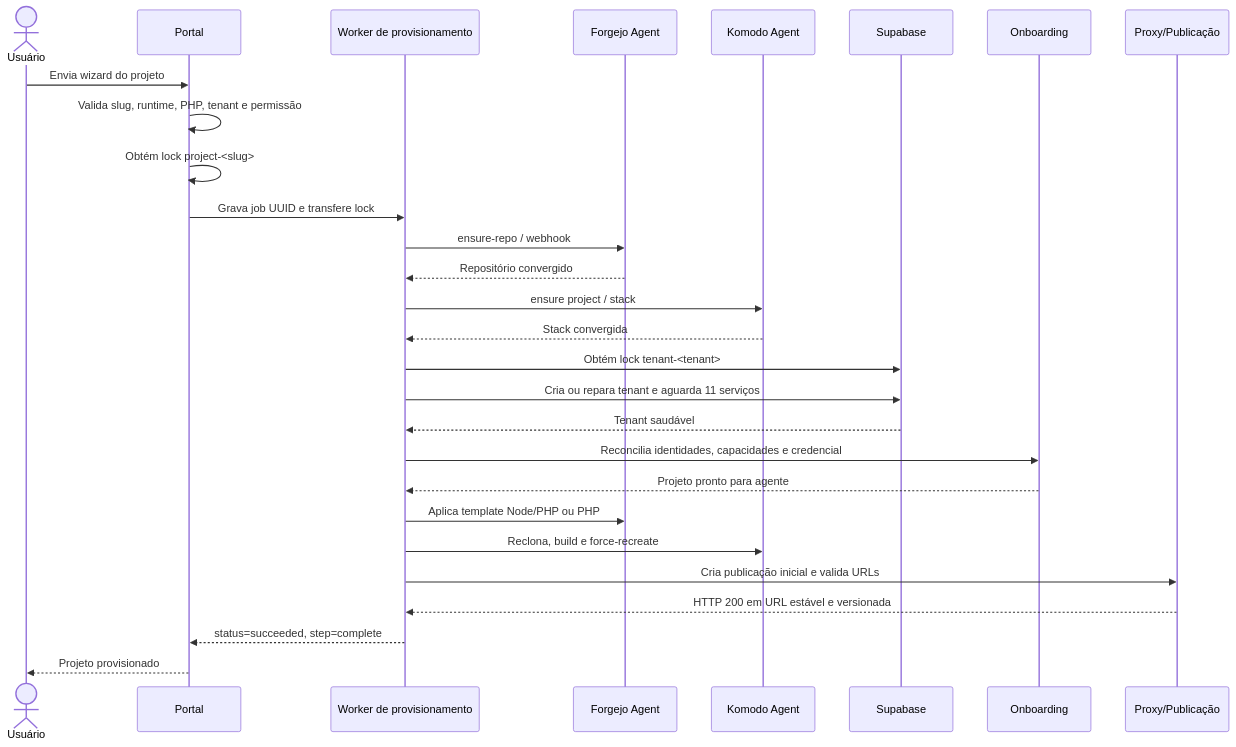
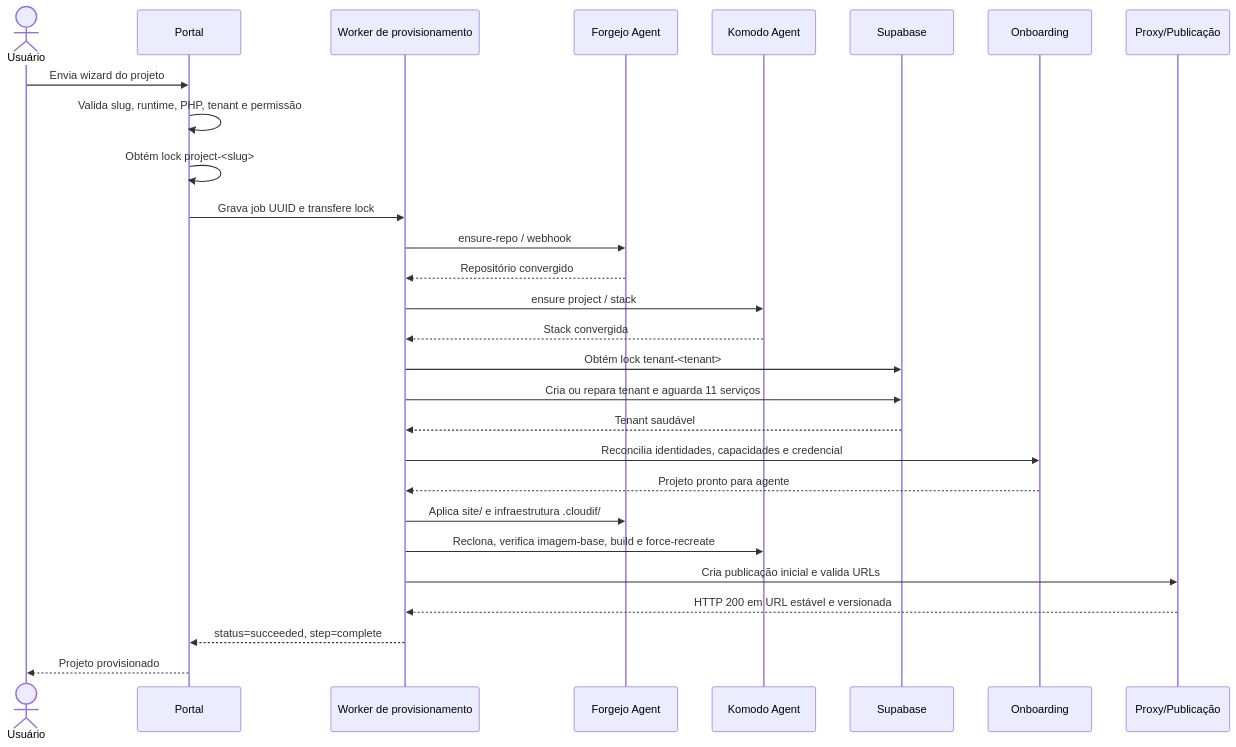
Before and after one commit to debianlima/cloudiff: the first of 3 diagrams in docs/manual-tecnico/02-FLUXOS.md, drawn with Mermaid. The commit also changed 13 other files, not shown here.

````diff
--- a/docs/manual-tecnico/02-FLUXOS.md
+++ b/docs/manual-tecnico/02-FLUXOS.md
@@ -5,31 +5,31 @@
 ```mermaid
 sequenceDiagram
   actor U as Usuário
   participant P as Portal
   participant J as Worker de provisionamento
   participant F as Forgejo Agent
   participant K as Komodo Agent
   participant S as Supabase
   participant O as Onboarding
   participant X as Proxy/Publicação
 
   U->>P: Envia wizard do projeto
   P->>P: Valida slug, runtime, PHP, tenant e permissão
   P->>P: Obtém lock project-<slug>
   P->>J: Grava job UUID e transfere lock
   J->>F: ensure-repo / webhook
   F-->>J: Repositório convergido
   J->>K: ensure project / stack
   K-->>J: Stack convergida
   J->>S: Obtém lock tenant-<tenant>
   J->>S: Cria ou repara tenant e aguarda 11 serviços
   S-->>J: Tenant saudável
   J->>O: Reconcilia identidades, capacidades e credencial
   O-->>J: Projeto pronto para agente
-  J->>F: Aplica template Node/PHP ou PHP
-  J->>K: Reclona, build e force-recreate
+  J->>F: Aplica site/ e infraestrutura .cloudif/
+  J->>K: Reclona, verifica imagem-base, build e force-recreate
   J->>X: Cria publicação inicial e valida URLs
   X-->>J: HTTP 200 em URL estável e versionada
   J-->>P: status=succeeded, step=complete
   P-->>U: Projeto provisionado
 ```
````
